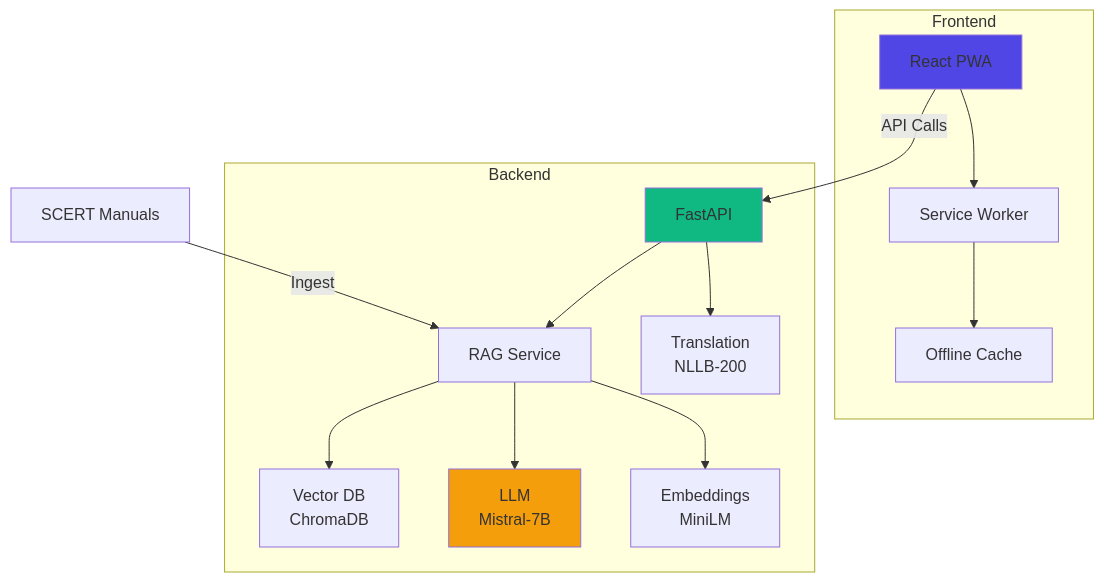
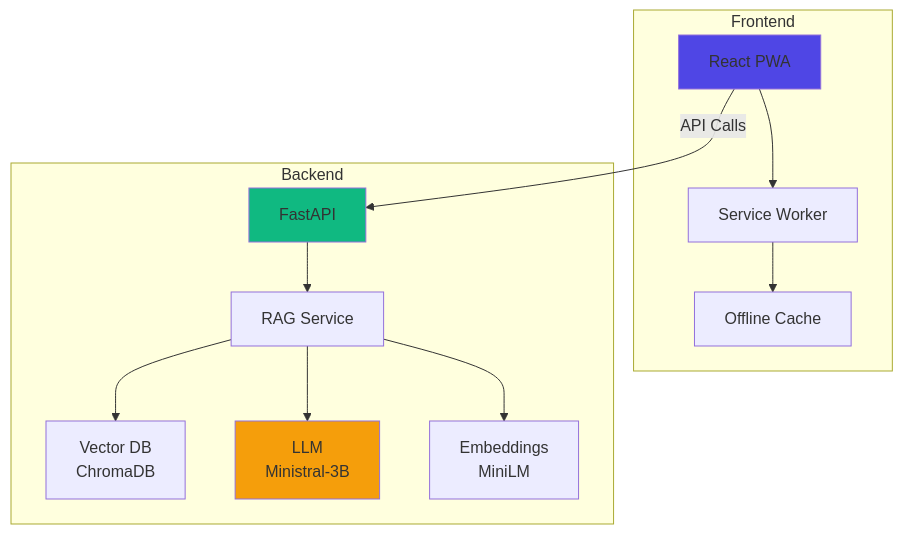
One commit to taufikx22/PRAGATI changed the diagram in README.md. Above: the diagram before and after it, drawn with Mermaid. The commit also changed other lines of this file and 1 other file, not shown here.

Commit message:
feat: Implement the core FastAPI application entry point and update README for LLM model changes and streamlined setup.

````diff
--- a/README.md
+++ b/README.md
@@ -28,22 +28,20 @@
 ```mermaid
 graph TB
     subgraph Frontend
         A[React PWA] --> B[Service Worker]
         B --> C[Offline Cache]
     end
     
     subgraph Backend
         D[FastAPI] --> E[RAG Service]
         E --> F[Vector DB<br/>ChromaDB]
-        E --> G[LLM<br/>Mistral-7B]
+        E --> G[LLM<br/>Ministral-3B]
         E --> H[Embeddings<br/>MiniLM]
-        D --> I[Translation<br/>NLLB-200]
     end
     
     A -->|API Calls| D
-    J[SCERT Manuals] -->|Ingest| E
     
     style A fill:#4f46e5
     style D fill:#10b981
     style G fill:#f59e0b
 ```
````
